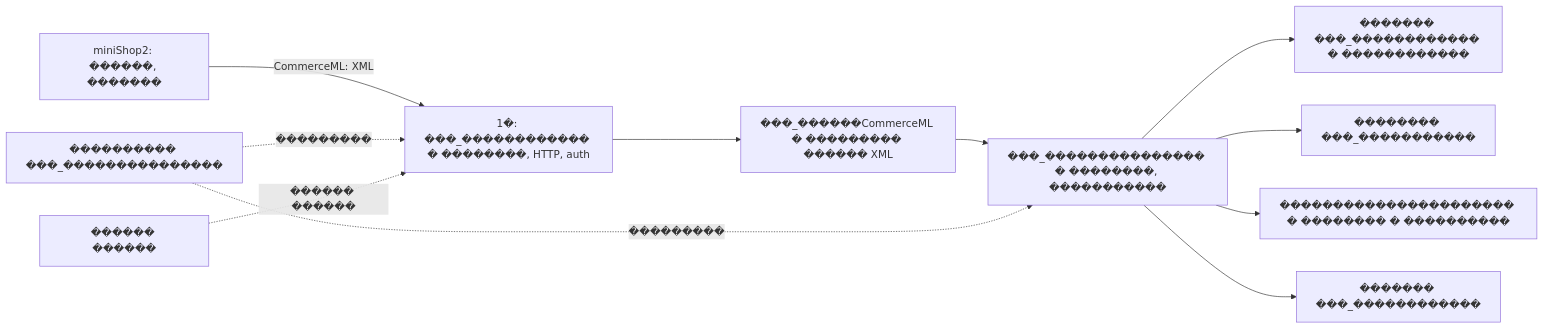
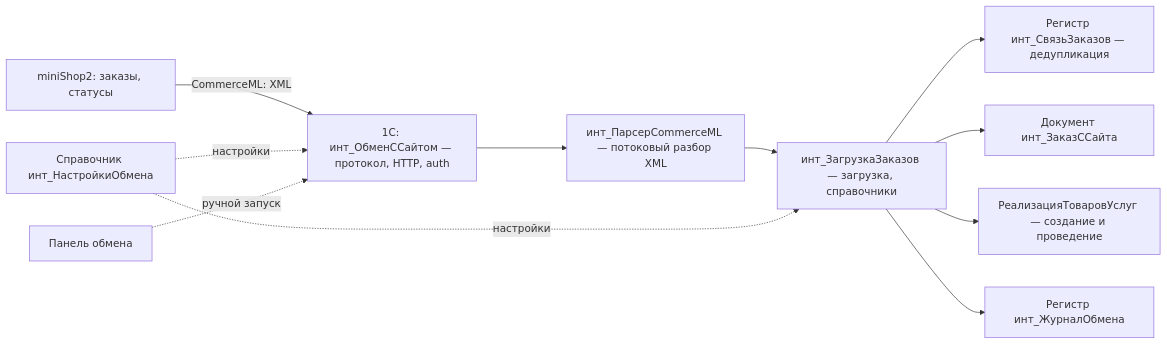
Before and after one commit to IgorSmirnov1162/1c-modx-integration: the diagram in docs/architecture.md, drawn with Mermaid. The commit also changed other lines of this file and 1 other file, not shown here.

Commit message:
Перезалив README.md и docs/architecture.md — финальные версии

````diff
--- a/docs/architecture.md
+++ b/docs/architecture.md
@@ -54,13 +54,13 @@
 ```mermaid
 flowchart LR
-    A[miniShop2: ������, �������] -->|CommerceML: XML| C[1�: ���_������������ � ��������, HTTP, auth]
-    C --> D[���_������CommerceML � ��������� ������ XML]
-    D --> E[���_��������������� � ��������, �����������]
-    E --> F[������� ���_������������ � ������������]
-    E --> G[�������� ���_�����������]
-    E --> H[���������������������� � �������� � ����������]
-    E --> I[������� ���_������������]
-    S[���������� ���_���������������] -.���������.-> C
-    S -.���������.-> E
-    P[������ ������] -.������ ������.-> C
+    A[miniShop2: заказы, статусы] -->|CommerceML: XML| C[1С: инт_ОбменССайтом — протокол, HTTP, auth]
+    C --> D[инт_ПарсерCommerceML — потоковый разбор XML]
+    D --> E[инт_ЗагрузкаЗаказов — загрузка, справочники]
+    E --> F[Регистр инт_СвязьЗаказов — дедупликация]
+    E --> G[Документ инт_ЗаказССайта]
+    E --> H[РеализацияТоваровУслуг — создание и проведение]
+    E --> I[Регистр инт_ЖурналОбмена]
+    S[Справочник инт_НастройкиОбмена] -.настройки.-> C
+    S -.настройки.-> E
+    P[Панель обмена] -.ручной запуск.-> C
 ```
````
